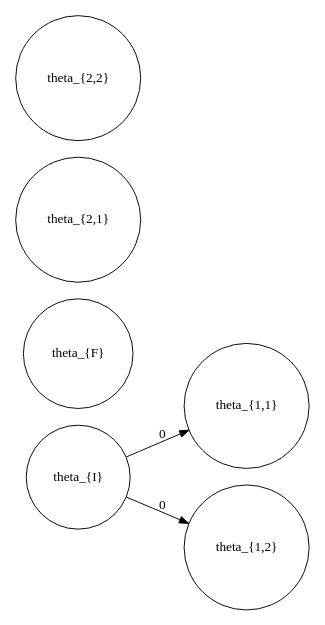
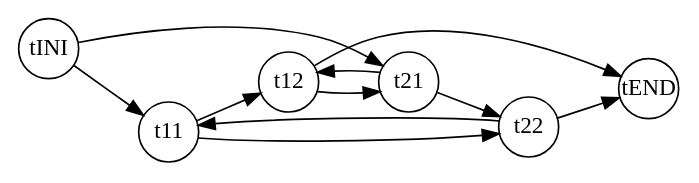
One commit to jpuigcerver/jsp-ga changed the diagram in report/example_instance.dot. Above: the diagram before and after it, drawn with Graphviz. The commit also changed 5 other files, not shown here.

```diff
--- a/report/example_instance.dot
+++ b/report/example_instance.dot
@@ -1,13 +1,26 @@
-digraph ex_inst {
+digraph example_instance {
         rankdir=LR;
-        size="8,5"
-        node [shape = circle];
-        node [label = "\theta_{I}"] tINI;
-        node [label = "\theta_{F}"] tEND;
-        node [label = "\theta_{1,1}"] t11;
-        node [label = "\theta_{1,2}"] t12;
-        node [label = "\theta_{2,1}"] t21;
-        node [label = "\theta_{2,2}"] t22;
-        tINI -> t11 [label = "0"];
-        tINI -> t12 [label = "0"];
+
+        node [style = solid, shape = circle, fixedsize = true, size=3];
+        node [texlbl = "$\theta_{I}$"] tINI;
+        node [texlbl = "$\theta_{F}$"] tEND;
+        node [texlbl = "$\theta_{1,1}$"] t11;
+        node [texlbl = "$\theta_{1,2}$"] t12;
+        node [texlbl = "$\theta_{2,1}$"] t21;
+        node [texlbl = "$\theta_{2,2}$"] t22;
+
+        tINI -> t11;
+        tINI -> t21;
+
+	t11 -> t12;
+        t21 -> t22;
+
+        t12 -> tEND;
+        t22 -> tEND;
+
+	t11 -> t22;
+	t22 -> t11;
+	
+	t12 -> t21;
+	t21 -> t12;
 }
```
